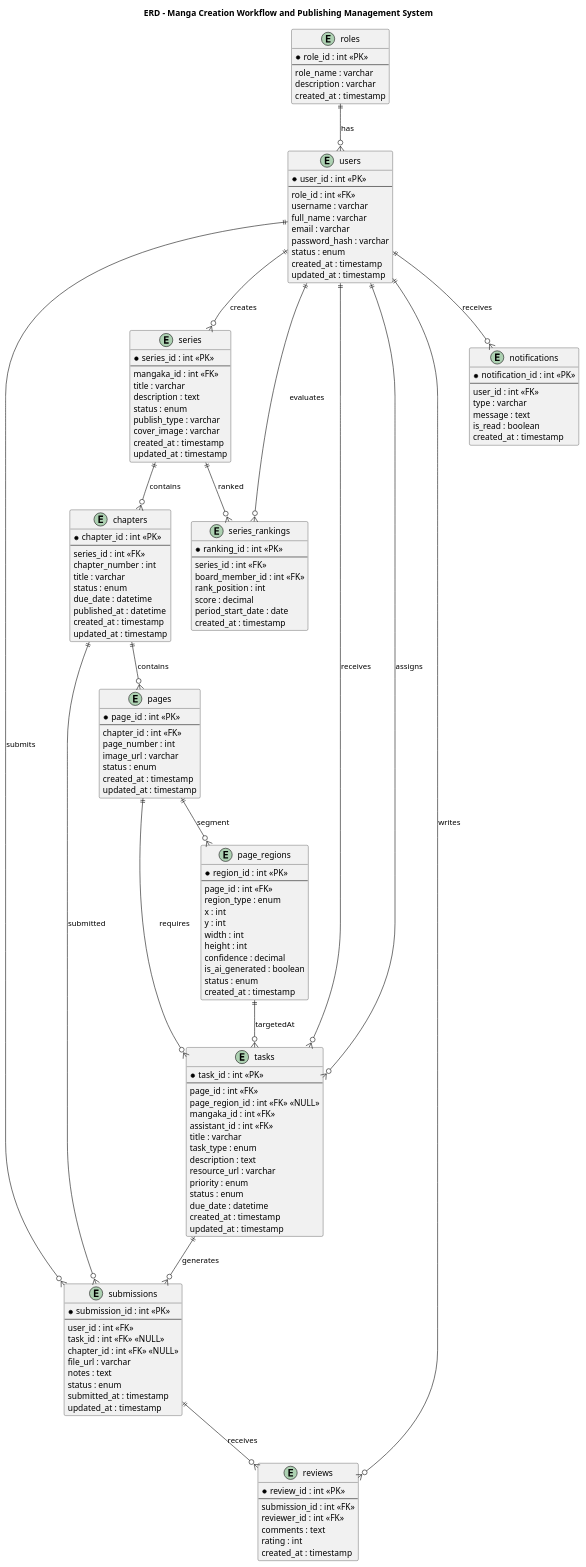
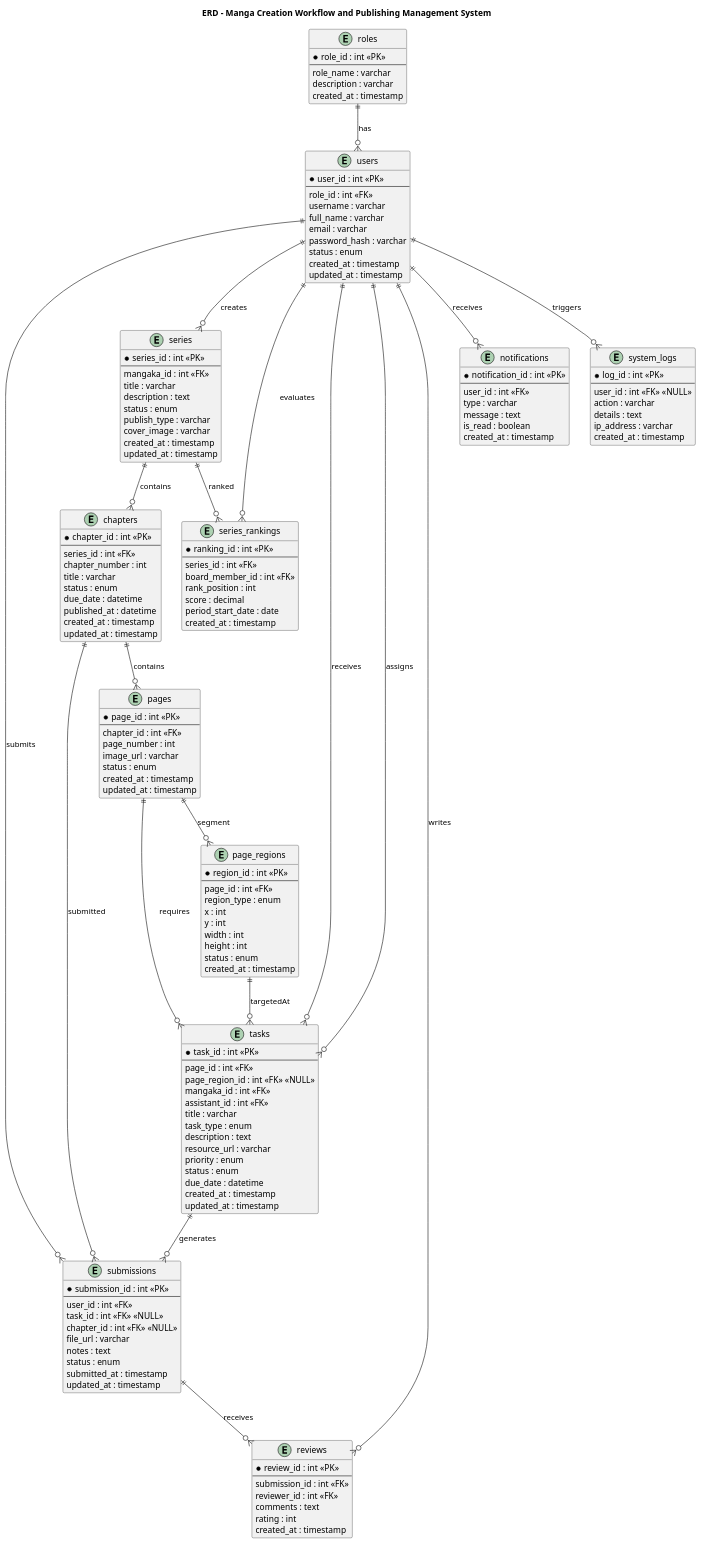
Before and after one commit to trongtan0079/Manga-publishing-management-system: the diagram in UML/ERD.puml, drawn with PlantUML. The commit also changed 9 other files, not shown here.

Commit message:
docs(uml): Dong bo hoa toan bo cac bieu do UML va tai lieu dac ta thiet ke theo luong nghiep vu moi sach AI

```diff
--- a/UML/ERD.puml
+++ b/UML/ERD.puml
@@ -1,164 +1,173 @@
 @startuml
 title ERD - Manga Creation Workflow and Publishing Management System
 
 entity roles {
   *role_id : int <<PK>>
   --
   role_name : varchar
   description : varchar
   created_at : timestamp
 }
 
 entity users {
   *user_id : int <<PK>>
   --
   role_id : int <<FK>>
   username : varchar
   full_name : varchar
   email : varchar
   password_hash : varchar
   status : enum
   created_at : timestamp
   updated_at : timestamp
 }
 
 entity series {
   *series_id : int <<PK>>
   --
   mangaka_id : int <<FK>>
   title : varchar
   description : text
   status : enum
   publish_type : varchar
   cover_image : varchar
   created_at : timestamp
   updated_at : timestamp
 }
 
 entity chapters {
   *chapter_id : int <<PK>>
   --
   series_id : int <<FK>>
   chapter_number : int
   title : varchar
   status : enum
   due_date : datetime
   published_at : datetime
   created_at : timestamp
   updated_at : timestamp
 }
 
 entity page_regions {
   *region_id : int <<PK>>
   --
   page_id : int <<FK>>
   region_type : enum
   x : int
   y : int
   width : int
   height : int
-  confidence : decimal
-  is_ai_generated : boolean
   status : enum
   created_at : timestamp
 }
 
 entity pages {
   *page_id : int <<PK>>
   --
   chapter_id : int <<FK>>
   page_number : int
   image_url : varchar
   status : enum
   created_at : timestamp
   updated_at : timestamp
 }
 
 entity tasks {
   *task_id : int <<PK>>
   --
   page_id : int <<FK>>
   page_region_id : int <<FK>> <<NULL>>
   mangaka_id : int <<FK>>
   assistant_id : int <<FK>>
   title : varchar
   task_type : enum
   description : text
   resource_url : varchar
   priority : enum
   status : enum
   due_date : datetime
   created_at : timestamp
   updated_at : timestamp
 }
 
 entity submissions {
   *submission_id : int <<PK>>
   --
   user_id : int <<FK>>
   task_id : int <<FK>> <<NULL>>
   chapter_id : int <<FK>> <<NULL>>
   file_url : varchar
   notes : text
   status : enum
   submitted_at : timestamp
   updated_at : timestamp
 }
 
 entity reviews {
   *review_id : int <<PK>>
   --
   submission_id : int <<FK>>
   reviewer_id : int <<FK>>
   comments : text
   rating : int
   created_at : timestamp
 }
 
 entity series_rankings {
   *ranking_id : int <<PK>>
   --
   series_id : int <<FK>>
   board_member_id : int <<FK>>
   rank_position : int
   score : decimal
   period_start_date : date
   created_at : timestamp
 }
 
 entity notifications {
   *notification_id : int <<PK>>
   --
   user_id : int <<FK>>
   type : varchar
   message : text
   is_read : boolean
   created_at : timestamp
 }
 
+entity system_logs {
+  *log_id : int <<PK>>
+  --
+  user_id : int <<FK>> <<NULL>>
+  action : varchar
+  details : text
+  ip_address : varchar
+  created_at : timestamp
+}
+
 roles ||--o{ users : has
+users ||--o{ system_logs : triggers
 
 users ||--o{ series : creates
 
 users ||--o{ tasks : assigns
 users ||--o{ tasks : receives
 
 users ||--o{ submissions : submits
 users ||--o{ reviews : writes
 users ||--o{ notifications : receives
 users ||--o{ series_rankings : evaluates
 
 series ||--o{ chapters : contains
 series ||--o{ series_rankings : ranked
 
 chapters ||--o{ pages : contains
 chapters ||--o{ submissions : submitted
 
 pages ||--o{ page_regions : segment
 pages ||--o{ tasks : requires
 page_regions ||--o{ tasks : targetedAt
 tasks ||--o{ submissions : generates
 
 submissions ||--o{ reviews : receives
 
 @enduml
```
